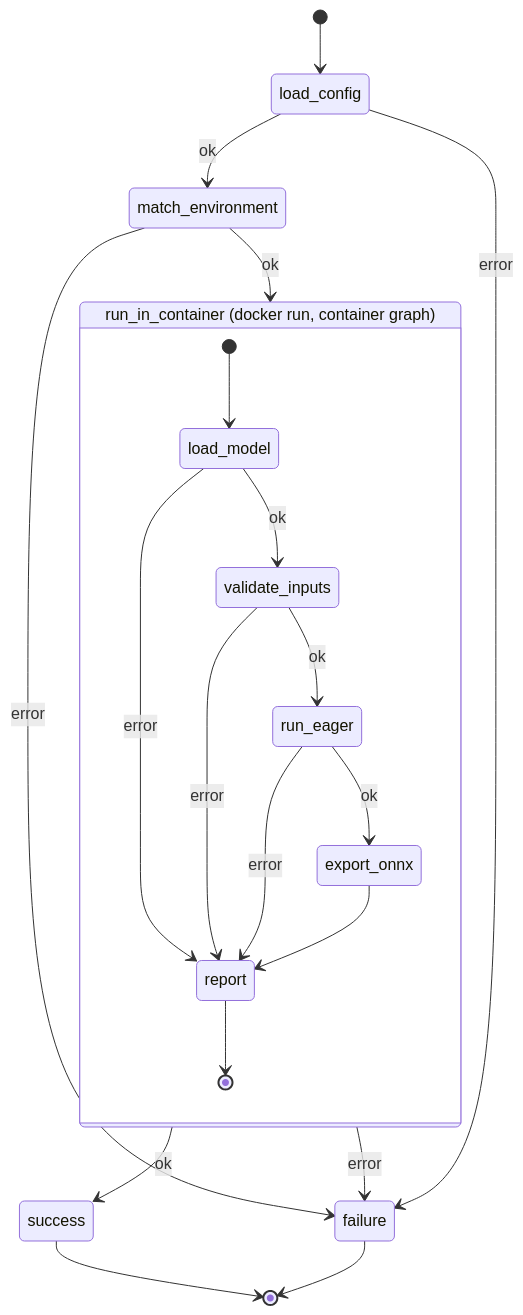
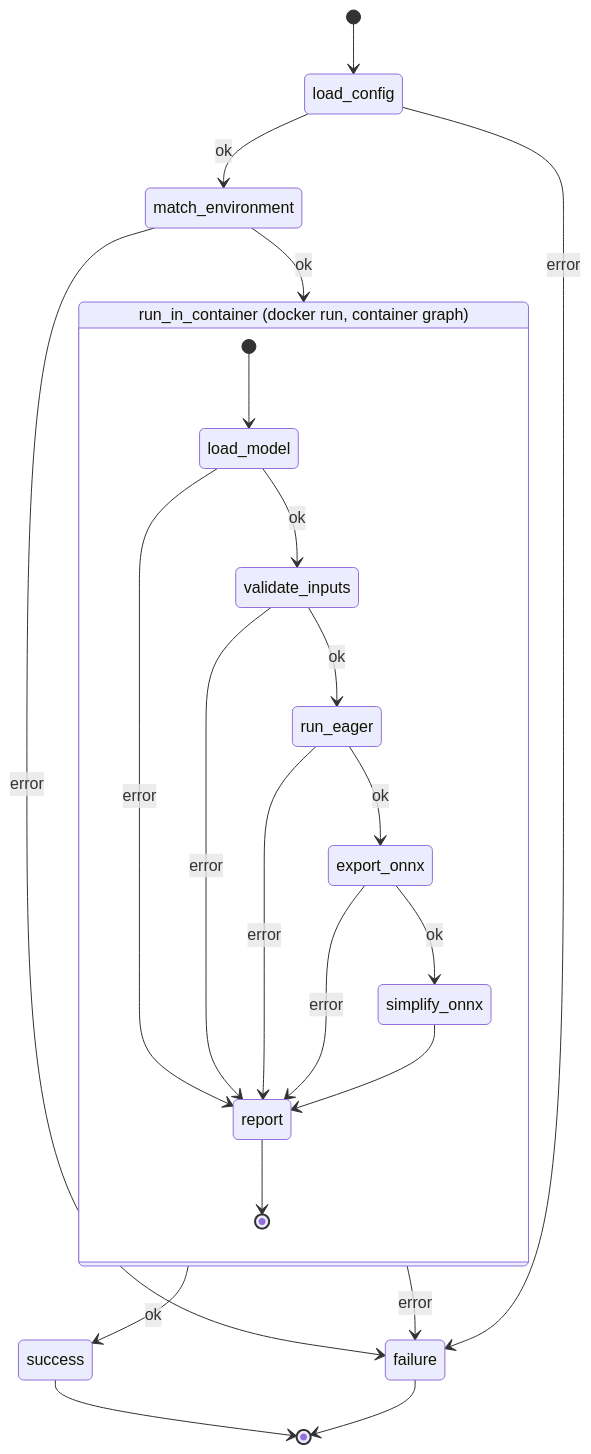
Before and after one commit to reza-rahimi-yasp/kronos-edge-v2: the diagram in architecture.md, drawn with Mermaid. The commit also changed other lines of this file and 17 other files, not shown here.

````diff
--- a/architecture.md
+++ b/architecture.md
@@ -10,24 +11,26 @@
 ```mermaid
 stateDiagram-v2
     [*] --> load_config
     load_config --> match_environment : ok
     load_config --> failure : error
     match_environment --> run_in_container : ok
     match_environment --> failure : error
     run_in_container --> success : ok
     run_in_container --> failure : error
     success --> [*]
     failure --> [*]
 
     state "run_in_container (docker run, container graph)" as run_in_container {
         [*] --> load_model
         load_model --> validate_inputs : ok
         load_model --> report : error
         validate_inputs --> run_eager : ok
         validate_inputs --> report : error
         run_eager --> export_onnx : ok
         run_eager --> report : error
-        export_onnx --> report
+        export_onnx --> simplify_onnx : ok
+        export_onnx --> report : error
+        simplify_onnx --> report
         report --> [*]
     }
 ```
````
